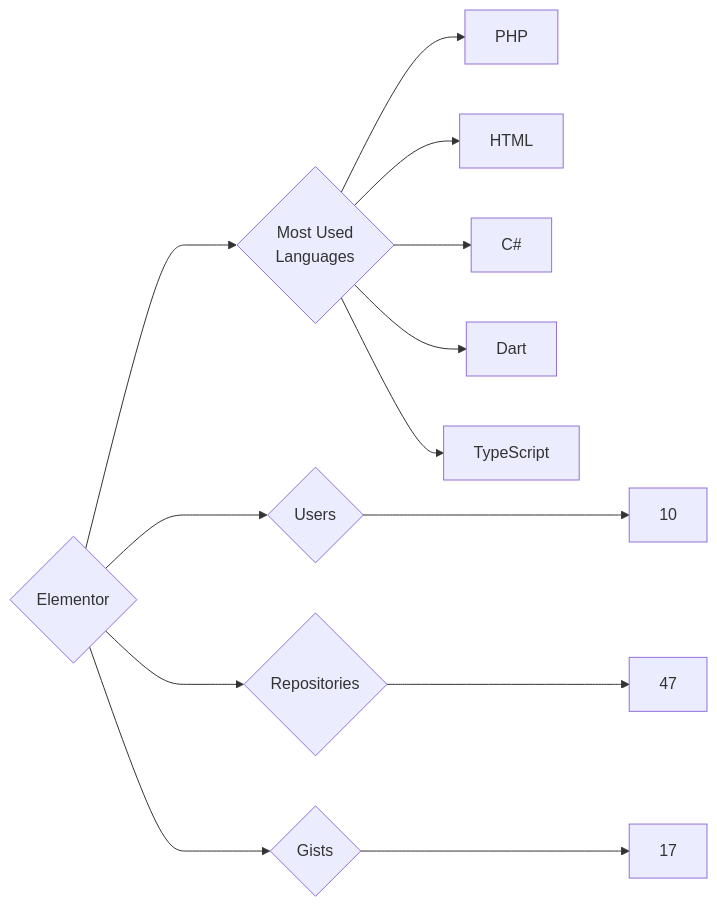
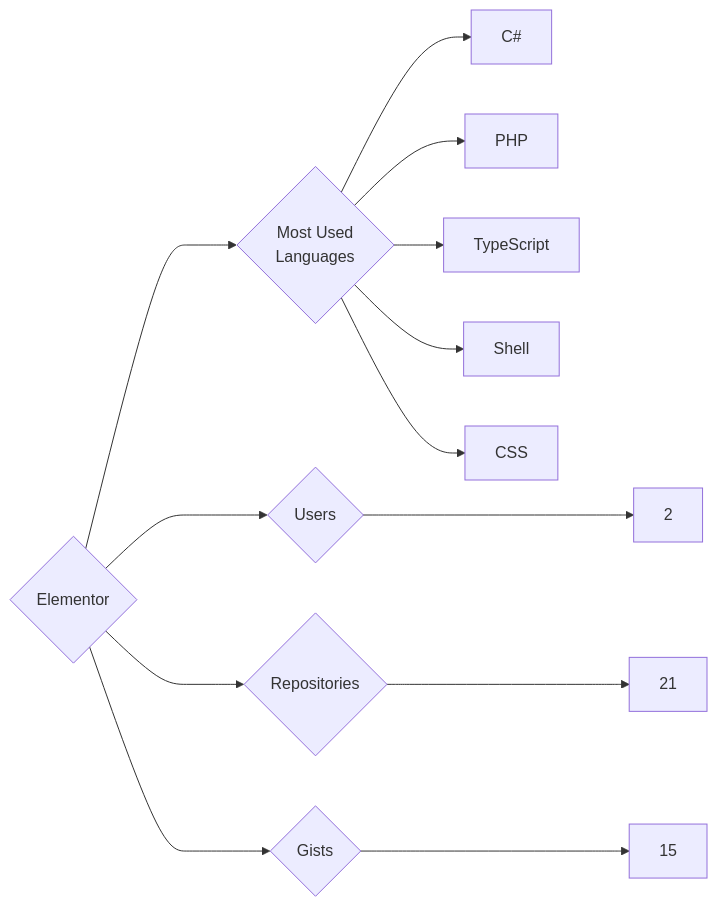
The diagram in targets/Elementor/README.md (trickest/insiders), drawn with Mermaid before and after one commit. The commit also changed 748 other files, not shown here.

````diff
--- a/targets/Elementor/README.md
+++ b/targets/Elementor/README.md
@@ -3,13 +3,13 @@
 ```mermaid
 graph LR
 COMPANY_NAME{Elementor}
-COMPANY_NAME ---> U{Users} ---> UN[10]
-COMPANY_NAME ---> R{Repositories} ---> RN[47]
-COMPANY_NAME ---> G{Gists} ---> GN[17]
+COMPANY_NAME ---> U{Users} ---> UN[2]
+COMPANY_NAME ---> R{Repositories} ---> RN[21]
+COMPANY_NAME ---> G{Gists} ---> GN[15]
 COMPANY_NAME ---> ML{Most Used<br>Languages}
+ML --> C#[C#]
 ML --> PHP[PHP]
-ML --> HTML[HTML]
-ML --> C#[C#]
-ML --> Dart[Dart]
 ML --> TypeScript[TypeScript]
+ML --> Shell[Shell]
+ML --> CSS[CSS]
 ```
````
